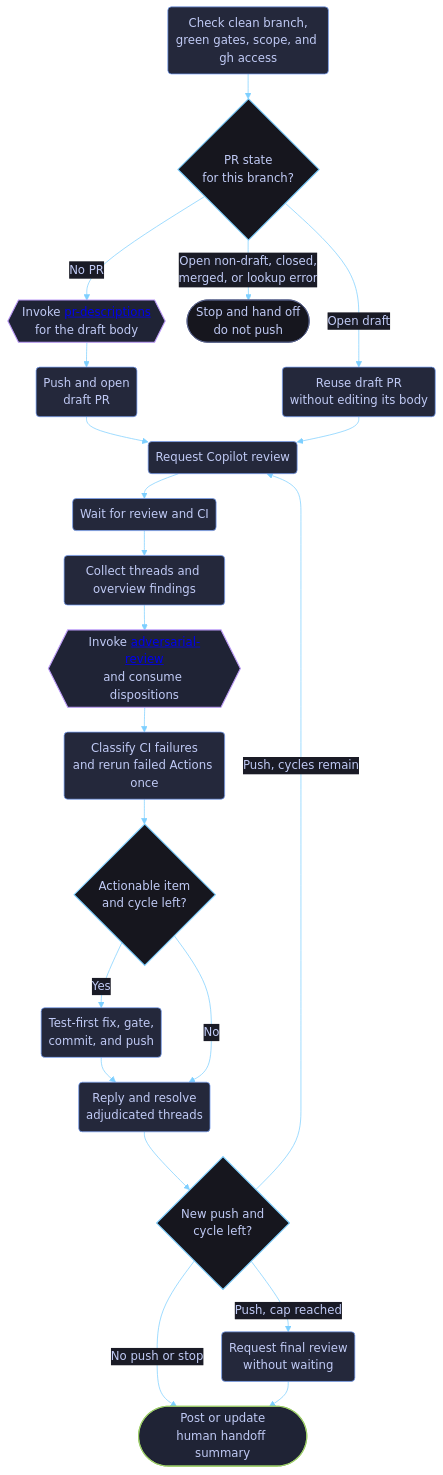
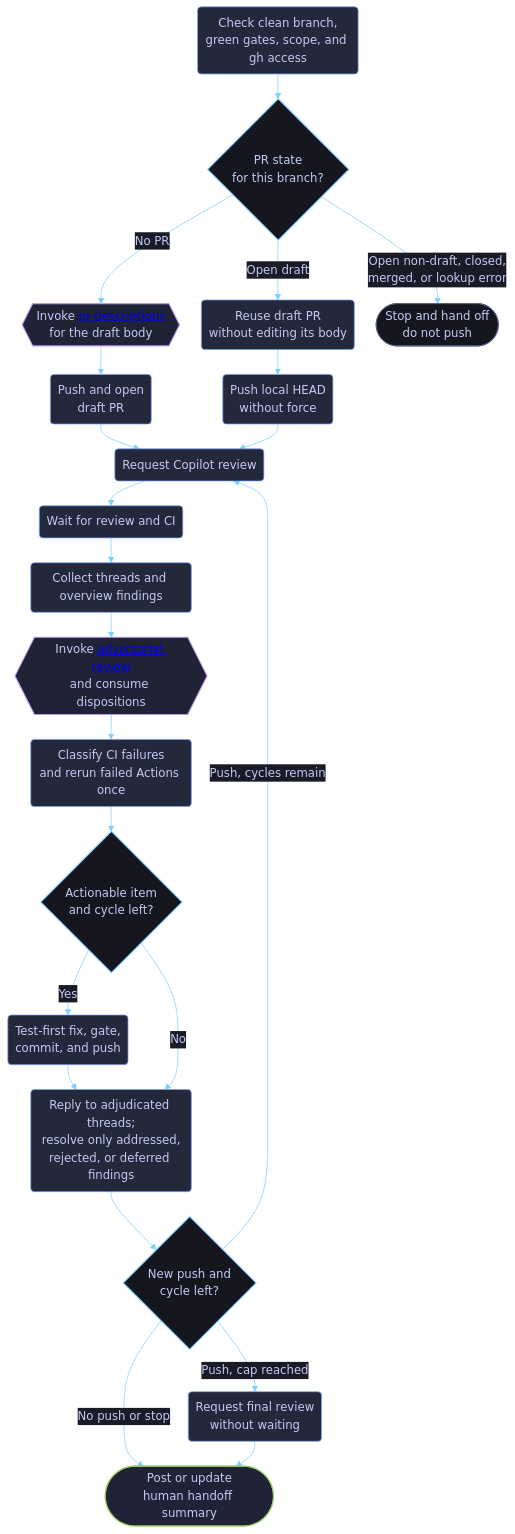
One commit to dvo-dev/copilot-guidance changed the diagram in docs/skill-workflows/copilot-review-loop.md. Above: the diagram before and after it, drawn with Mermaid. The commit also changed other lines of this file and 3 other files, not shown here.

First line of the commit message:
Address review findings (cycle 2)

````diff
--- a/docs/skill-workflows/copilot-review-loop.md
+++ b/docs/skill-workflows/copilot-review-loop.md
@@ -20,36 +20,37 @@
 ```mermaid
 %%{init: {"theme":"base","themeVariables":{"background":"#1a1b26","primaryColor":"#24283b","primaryTextColor":"#c0caf5","primaryBorderColor":"#7aa2f7","secondaryColor":"#1f2335","secondaryTextColor":"#c0caf5","secondaryBorderColor":"#bb9af7","tertiaryColor":"#16161e","tertiaryTextColor":"#c0caf5","tertiaryBorderColor":"#7dcfff","lineColor":"#7dcfff","textColor":"#c0caf5","mainBkg":"#24283b","nodeBorder":"#7aa2f7","clusterBkg":"#16161e","clusterBorder":"#565f89","defaultLinkColor":"#7dcfff","edgeLabelBackground":"#1a1b26","titleColor":"#bb9af7","fontFamily":"ui-monospace, SFMono-Regular, Menlo, Monaco, Consolas, Liberation Mono, monospace"},"flowchart":{"curve":"basis","htmlLabels":true,"nodeSpacing":30,"rankSpacing":34,"padding":10}}}%%
 flowchart TD
     A("Check clean branch,<br/>green gates, scope, and gh access") --> B{"PR state<br/>for this branch?"}
     B -->|No PR| C{{"Invoke <a href='https://github.com/dvo-dev/copilot-guidance/blob/main/docs/skill-workflows/pr-descriptions.md'>pr-descriptions</a><br/>for the draft body"}}
     C --> D("Push and open<br/>draft PR")
     B -->|Open draft| E("Reuse draft PR<br/>without editing its body")
     B -->|Open non-draft, closed,<br/>merged, or lookup error| Z(["Stop and hand off<br/>do not push"])
     D --> F("Request Copilot review")
-    E --> F
+    E --> P("Push local HEAD<br/>without force")
+    P --> F
     F --> G("Wait for review and CI")
     G --> H("Collect threads and overview findings")
     H --> I{{"Invoke <a href='https://github.com/dvo-dev/copilot-guidance/blob/main/docs/skill-workflows/adversarial-review.md'>adversarial-review</a><br/>and consume dispositions"}}
     I --> J("Classify CI failures<br/>and rerun failed Actions once")
     J --> K{"Actionable item<br/>and cycle left?"}
     K -->|Yes| L("Test-first fix, gate,<br/>commit, and push")
-    L --> M("Reply and resolve<br/>adjudicated threads")
+    L --> M("Reply to adjudicated threads;<br/>resolve only addressed,<br/>rejected, or deferred findings")
     K -->|No| M
     M --> N{"New push and<br/>cycle left?"}
     N -->|No push or stop| O(["Post or update<br/>human handoff summary"])
     N -->|Push, cycles remain| F
-    N -->|Push, cap reached| P("Request final review<br/>without waiting")
-    P --> O
+    N -->|Push, cap reached| Q("Request final review<br/>without waiting")
+    Q --> O
 
     classDef stage fill:#24283b,stroke:#7aa2f7,stroke-width:1px,color:#c0caf5;
     classDef delegated fill:#1f2335,stroke:#bb9af7,stroke-width:1.5px,color:#c0caf5;
     classDef outcome fill:#1f2335,stroke:#9ece6a,stroke-width:1.5px,color:#c0caf5;
     classDef terminal fill:#16161e,stroke:#565f89,stroke-width:1px,color:#c0caf5;
     classDef decision fill:#16161e,stroke:#7dcfff,stroke-width:1.5px,color:#c0caf5;
-    class A,D,E,F,G,H,J,L,M,P stage;
+    class A,D,E,F,G,H,J,L,M,P,Q stage;
     class C,I delegated;
     class O outcome;
     class Z terminal;
     class B,K,N decision;
 
 ```
````
